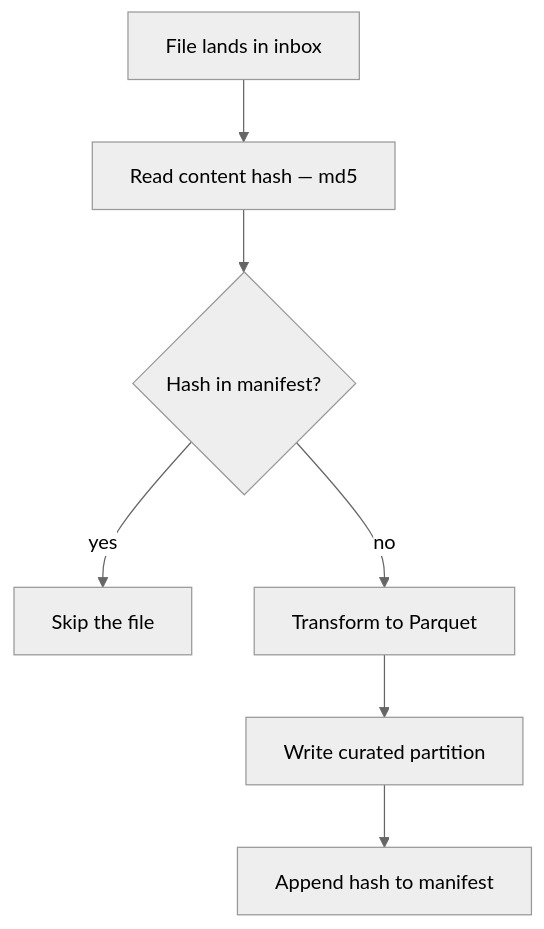
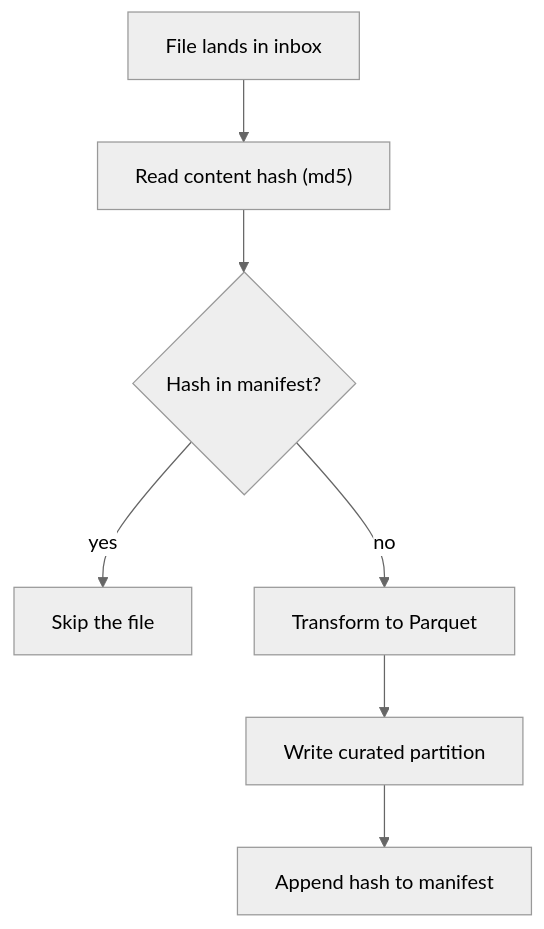
Before and after one commit to hirargb/sales-intelligence-platform: the fifth of 5 diagrams in ARCHITECTURE.md, drawn with Mermaid (neutral theme). The commit also changed other lines of this file and 2 other files, not shown here.

````diff
--- a/ARCHITECTURE.md
+++ b/ARCHITECTURE.md
@@ -147,9 +145,9 @@
 ```mermaid
 flowchart TD
-  F["File lands in inbox"] --> H["Read content hash — md5"]
+  F["File lands in inbox"] --> H["Read content hash (md5)"]
   H --> Q{"Hash in manifest?"}
   Q -- "yes" --> SKIP["Skip the file"]
   Q -- "no" --> T["Transform to Parquet"]
   T --> W["Write curated partition"]
   W --> M["Append hash to manifest"]
 ```
````
